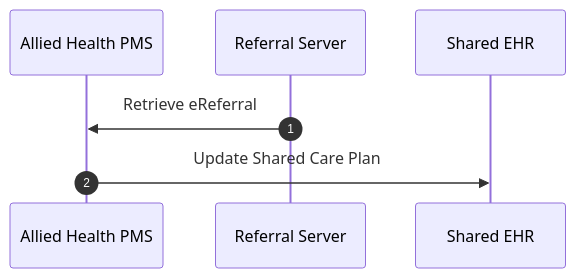
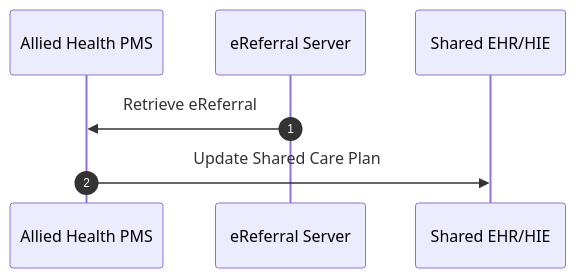
Before and after one commit to hl7au/au-fhir-test-data: the sixth of 7 diagrams in au-fhir-test-data-set/connected-care/Alex Story Interactions.md, drawn with Mermaid. The commit also changed other lines of this file, not shown here.

Commit message:
Updated Alex Story Interactions to add interaction summary and links to test data. Updated some sequences

````diff
--- a/au-fhir-test-data-set/connected-care/Alex Story Interactions.md
+++ b/au-fhir-test-data-set/connected-care/Alex Story Interactions.md
@@ -168,11 +259,11 @@
 ```mermaid
 sequenceDiagram
     autonumber
     participant PMS as Allied Health PMS
-    participant RefSvr as Referral Server
-    participant EHRSvr as Shared EHR
+    participant RefSvr as eReferral Server
+    participant EHRSvr as Shared EHR/HIE
 
     RefSvr->>PMS: Retrieve eReferral
     
     PMS->>EHRSvr: Update Shared Care Plan
 ```
````
